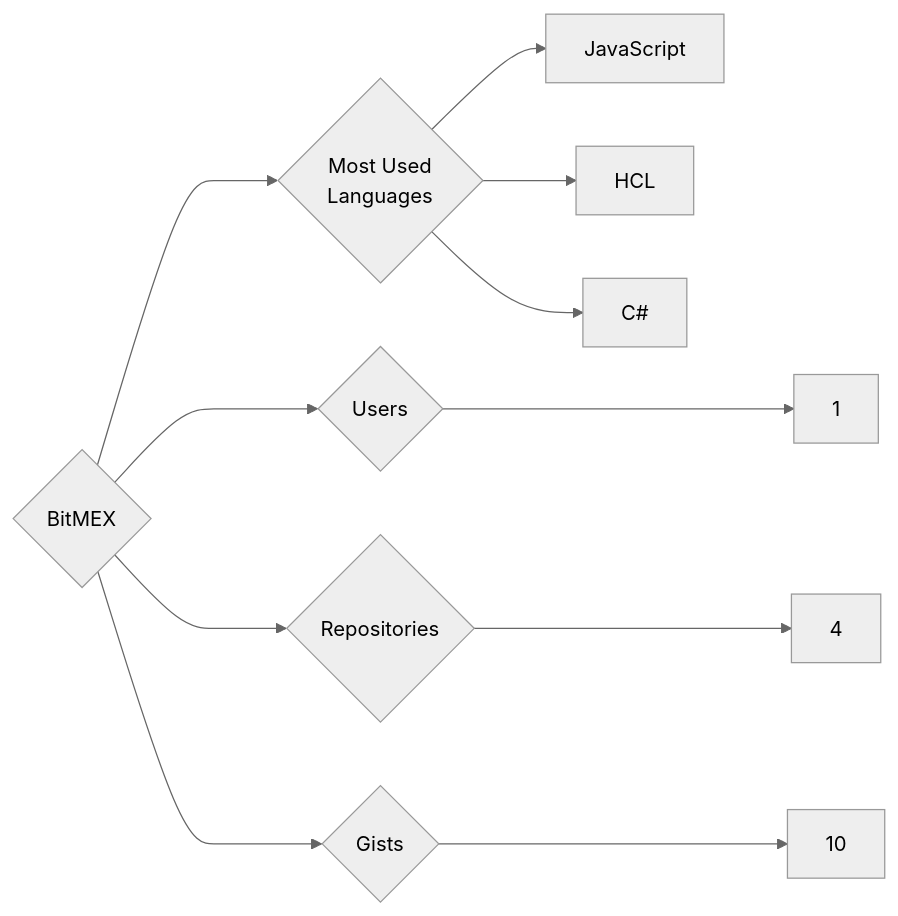
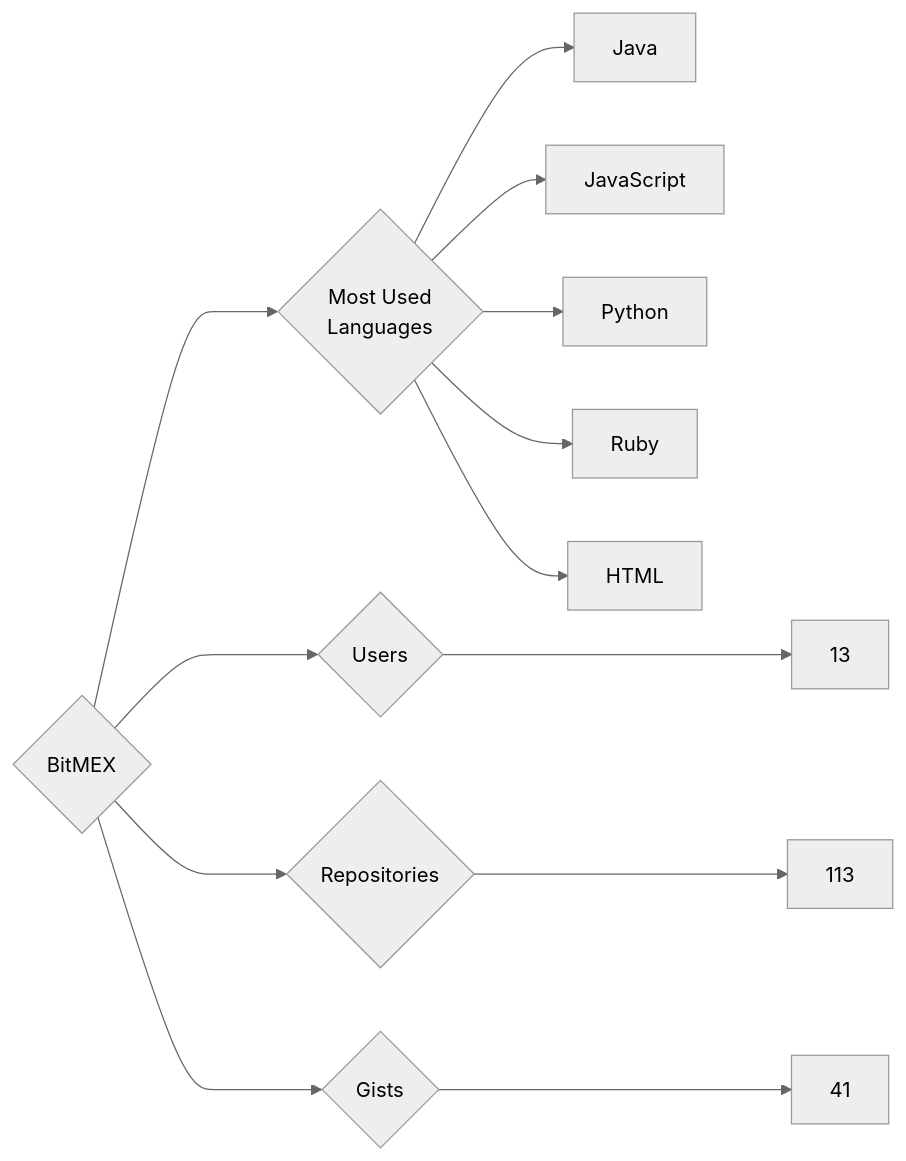
Before and after one commit to trickest/insiders: the diagram in targets/BitMEX/README.md, drawn with Mermaid (neutral theme). The commit also changed 993 other files, not shown here.

````diff
--- a/targets/BitMEX/README.md
+++ b/targets/BitMEX/README.md
@@ -3,11 +3,13 @@
 ```mermaid
 graph LR
 COMPANY_NAME{BitMEX}
-COMPANY_NAME ---> U{Users} ---> UN[1]
-COMPANY_NAME ---> R{Repositories} ---> RN[4]
-COMPANY_NAME ---> G{Gists} ---> GN[10]
+COMPANY_NAME ---> U{Users} ---> UN[13]
+COMPANY_NAME ---> R{Repositories} ---> RN[113]
+COMPANY_NAME ---> G{Gists} ---> GN[41]
 COMPANY_NAME ---> ML{Most Used<br>Languages}
+ML --> Java[Java]
 ML --> JavaScript[JavaScript]
-ML --> HCL[HCL]
-ML --> C#[C#]
+ML --> Python[Python]
+ML --> Ruby[Ruby]
+ML --> HTML[HTML]
 ```
````
